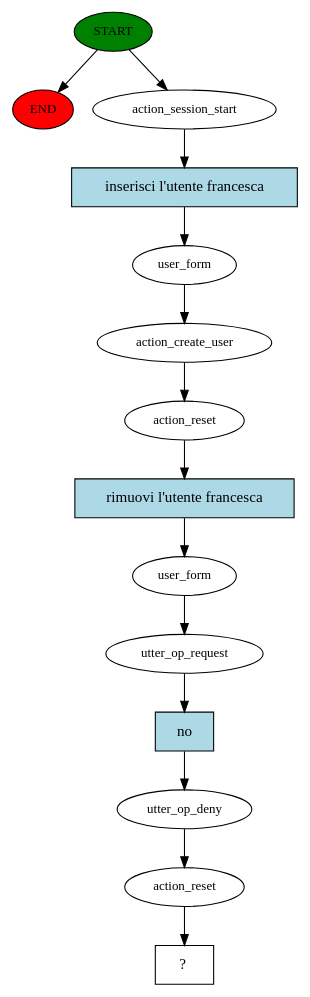
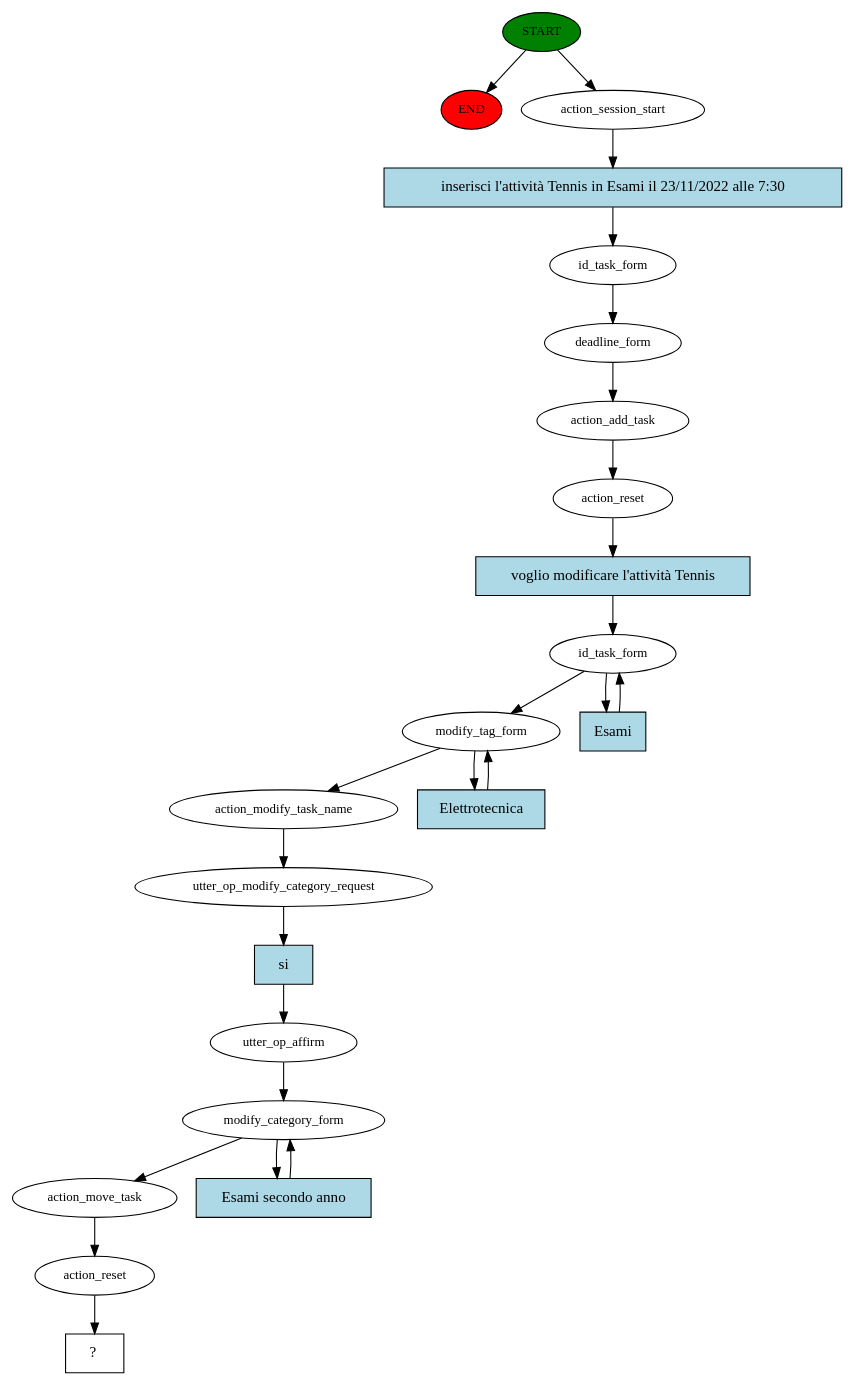
One commit to ManDrake-hub/ROS_todoList_chatbot changed the diagram in story_graph.dot. Above: the diagram before and after it, drawn with Graphviz. The commit also changed 14 other files, not shown here.

Commit message:
Test all except modify_task_category

```diff
--- a/story_graph.dot
+++ b/story_graph.dot
@@ -1,29 +1,48 @@
 digraph  {
 0 [class="start active", fillcolor=green, fontsize=12, label=START, style=filled];
 "-1" [class=end, fillcolor=red, fontsize=12, label=END, style=filled];
 1 [class=active, fontsize=12, label=action_session_start];
-2 [class=active, fontsize=12, label=user_form];
-3 [class=active, fontsize=12, label=action_create_user];
-4 [class=active, fontsize=12, label=action_reset];
-5 [class=active, fontsize=12, label=user_form];
-6 [class=active, fontsize=12, label=utter_op_request];
-7 [class=active, fontsize=12, label=utter_op_deny];
-8 [class=active, fontsize=12, label=action_reset];
-9 [class="intent dashed active", label="  ?  ", shape=rect];
-10 [class="intent active", fillcolor=lightblue, label="inserisci l'utente francesca", shape=rect, style=filled];
-11 [class="intent active", fillcolor=lightblue, label="rimuovi l'utente francesca", shape=rect, style=filled];
-12 [class="intent active", fillcolor=lightblue, label=no, shape=rect, style=filled];
+2 [class=active, fontsize=12, label=id_task_form];
+3 [class=active, fontsize=12, label=deadline_form];
+4 [class=active, fontsize=12, label=action_add_task];
+5 [class=active, fontsize=12, label=action_reset];
+6 [class=active, fontsize=12, label=id_task_form];
+8 [class=active, fontsize=12, label=modify_tag_form];
+10 [class=active, fontsize=12, label=action_modify_task_name];
+11 [class=active, fontsize=12, label=utter_op_modify_category_request];
+12 [class=active, fontsize=12, label=utter_op_affirm];
+13 [class=active, fontsize=12, label=modify_category_form];
+15 [class=active, fontsize=12, label=action_move_task];
+16 [class=active, fontsize=12, label=action_reset];
+17 [class="intent dashed active", label="  ?  ", shape=rect];
+18 [class="intent active", fillcolor=lightblue, label="inserisci l'attività Tennis in Esami il 23/11/2022 alle 7:30", shape=rect, style=filled];
+19 [class="intent active", fillcolor=lightblue, label="voglio modificare l'attività Tennis", shape=rect, style=filled];
+20 [class="intent active", fillcolor=lightblue, label=Esami, shape=rect, style=filled];
+21 [class="intent active", fillcolor=lightblue, label=Elettrotecnica, shape=rect, style=filled];
+22 [class="intent active", fillcolor=lightblue, label=si, shape=rect, style=filled];
+23 [class="intent active", fillcolor=lightblue, label="Esami secondo anno", shape=rect, style=filled];
 0 -> "-1"  [class="", key=NONE, label=""];
 0 -> 1  [class=active, key=NONE, label=""];
-1 -> 10  [class=active, key=0];
+1 -> 18  [class=active, key=0];
 2 -> 3  [class=active, key=NONE, label=""];
 3 -> 4  [class=active, key=NONE, label=""];
-4 -> 11  [class=active, key=0];
-5 -> 6  [class=active, key=NONE, label=""];
-6 -> 12  [class=active, key=0];
-7 -> 8  [class=active, key=NONE, label=""];
-8 -> 9  [class=active, key=NONE, label=""];
-10 -> 2  [class=active, key=0];
-11 -> 5  [class=active, key=0];
-12 -> 7  [class=active, key=0];
+4 -> 5  [class=active, key=NONE, label=""];
+5 -> 19  [class=active, key=0];
+6 -> 8  [class=active, key=NONE, label=""];
+6 -> 20  [class=active, key=0];
+8 -> 10  [class=active, key=NONE, label=""];
+8 -> 21  [class=active, key=0];
+10 -> 11  [class=active, key=NONE, label=""];
+11 -> 22  [class=active, key=0];
+12 -> 13  [class=active, key=NONE, label=""];
+13 -> 15  [class=active, key=NONE, label=""];
+13 -> 23  [class=active, key=0];
+15 -> 16  [class=active, key=NONE, label=""];
+16 -> 17  [class=active, key=NONE, label=""];
+18 -> 2  [class=active, key=0];
+19 -> 6  [class=active, key=0];
+20 -> 6  [class=active, key=0];
+21 -> 8  [class=active, key=0];
+22 -> 12  [class=active, key=0];
+23 -> 13  [class=active, key=0];
 }
```
